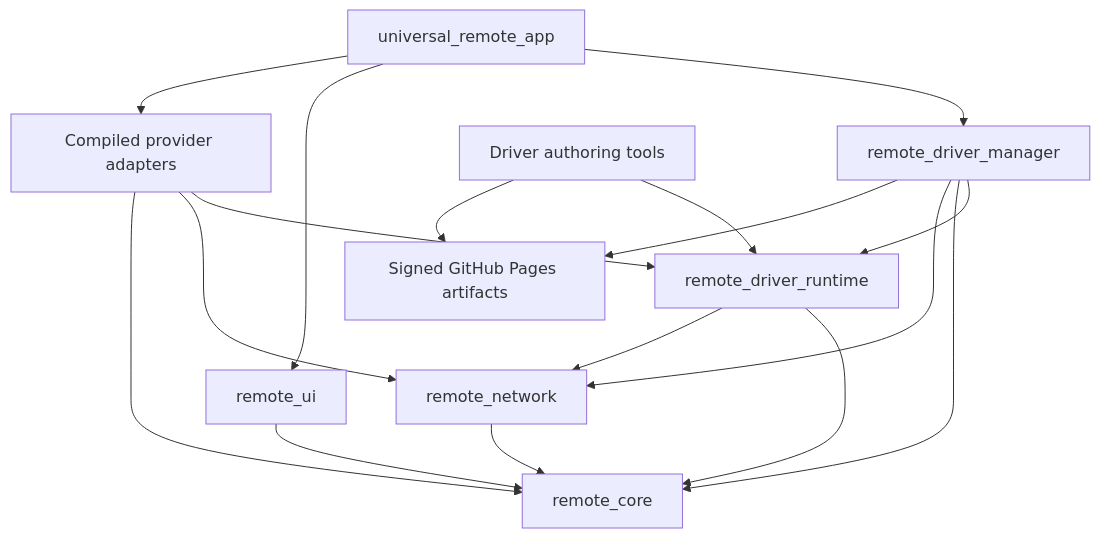
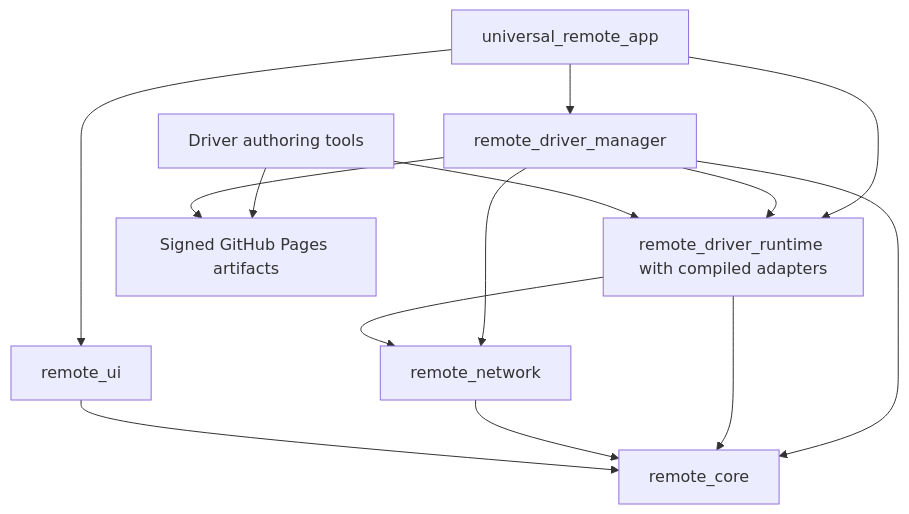
One commit to arlamend7/universal_remote_app changed the first of 2 diagrams in docs/drivers/validation.md. Above: the diagram before and after it, drawn with Mermaid. The commit also changed other lines of this file and 110 other files, not shown here.

````diff
--- a/docs/drivers/validation.md
+++ b/docs/drivers/validation.md
@@ -7,19 +7,16 @@
 ```mermaid
 flowchart TD
   App[universal_remote_app] --> Manager[remote_driver_manager]
   App --> UI[remote_ui]
-  App --> Providers[Compiled provider adapters]
-  Manager --> Runtime[remote_driver_runtime]
+  App --> Runtime[remote_driver_runtime with compiled adapters]
+  Manager --> Runtime
   Manager --> Core[remote_core]
   Manager --> Network[remote_network]
   Runtime --> Core
   Runtime --> Network
-  Providers --> Runtime
-  Providers --> Network
-  Providers --> Core
   Network --> Core
   UI --> Core
   Authoring[Driver authoring tools] --> Runtime
   Authoring --> Pages[Signed GitHub Pages artifacts]
   Manager --> Pages
 ```
````
